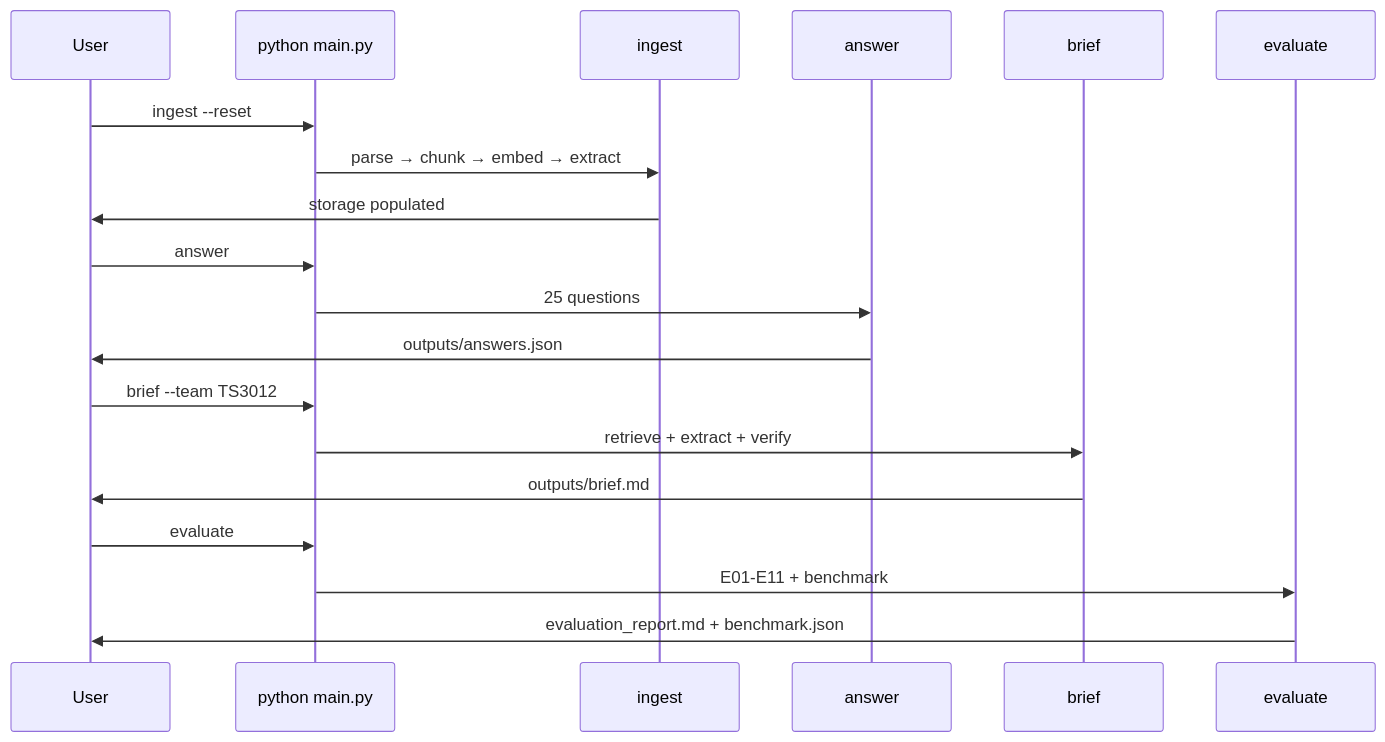
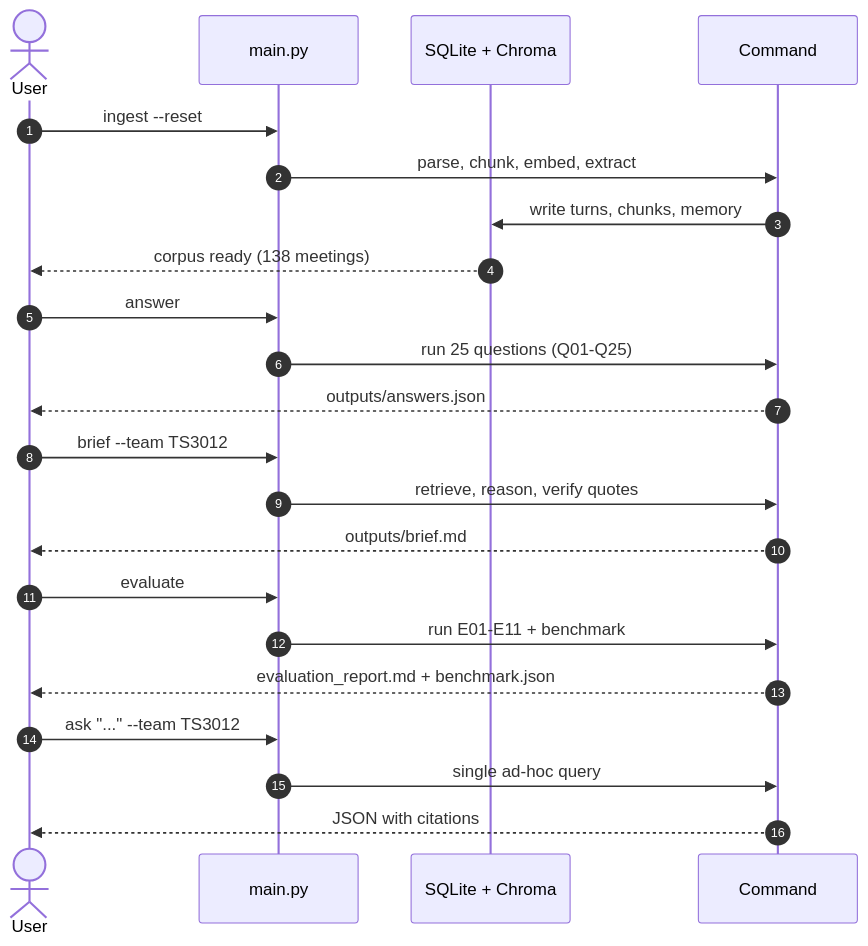
One commit to mzainulabideendev/meeting-memory-agent changed the fifth of 5 diagrams in README.md. Above: the diagram before and after it, drawn with Mermaid. The commit also changed other lines of this file and 1 other file, not shown here.

Commit message:
Fix broken Mermaid diagrams and rewrite README for clarity

````diff
--- a/README.md
+++ b/README.md
@@ -140,25 +245,29 @@
 ```mermaid
 sequenceDiagram
-    participant User
-    participant CLI as python main.py
-    participant Ingest as ingest
-    participant Answer as answer
-    participant Brief as brief
-    participant Eval as evaluate
+    autonumber
+    actor User
+    participant CLI as main.py
+    participant Store as SQLite + Chroma
+    participant Cmd as Command
 
     User->>CLI: ingest --reset
-    CLI->>Ingest: parse → chunk → embed → extract
-    Ingest->>User: storage populated
+    CLI->>Cmd: parse, chunk, embed, extract
+    Cmd->>Store: write turns, chunks, memory
+    Store-->>User: corpus ready (138 meetings)
 
     User->>CLI: answer
-    CLI->>Answer: 25 questions
-    Answer->>User: outputs/answers.json
+    CLI->>Cmd: run 25 questions (Q01-Q25)
+    Cmd-->>User: outputs/answers.json
 
     User->>CLI: brief --team TS3012
-    CLI->>Brief: retrieve + extract + verify
-    Brief->>User: outputs/brief.md
+    CLI->>Cmd: retrieve, reason, verify quotes
+    Cmd-->>User: outputs/brief.md
 
     User->>CLI: evaluate
-    CLI->>Eval: E01‑E11 + benchmark
-    Eval->>User: evaluation_report.md + benchmark.json
+    CLI->>Cmd: run E01-E11 + benchmark
+    Cmd-->>User: evaluation_report.md + benchmark.json
+
+    User->>CLI: ask "..." --team TS3012
+    CLI->>Cmd: single ad-hoc query
+    Cmd-->>User: JSON with citations
 ```
````
